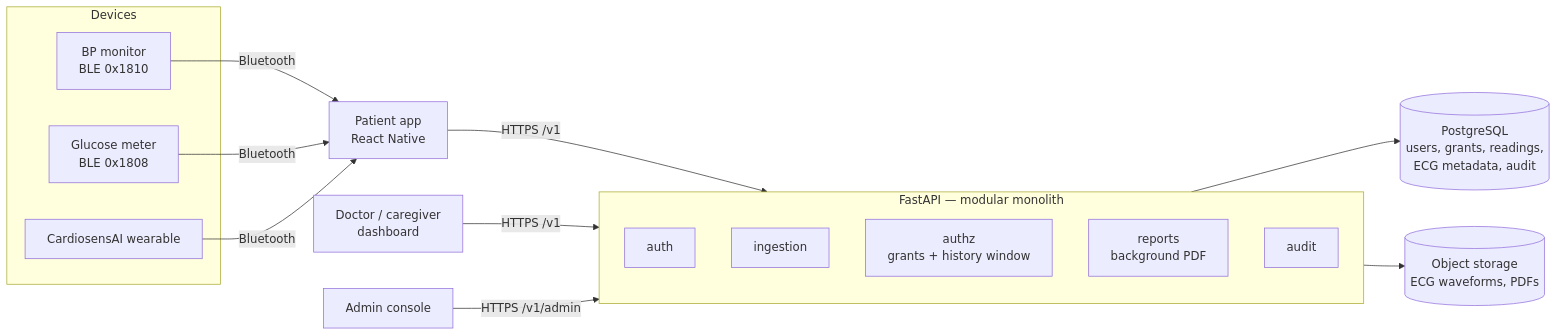
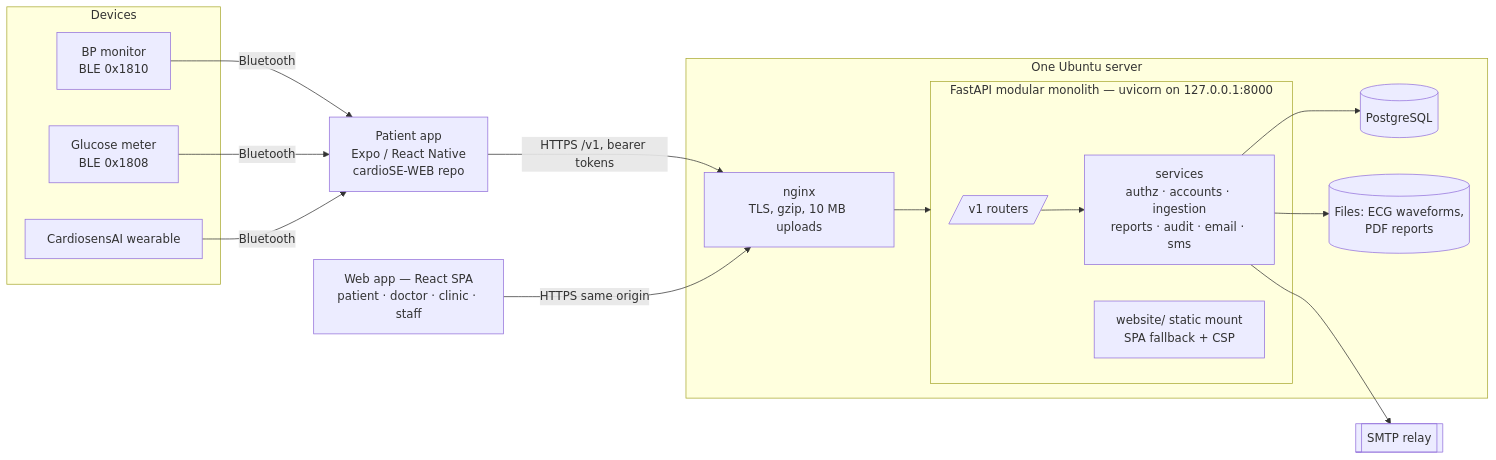
One commit to mazumdersayon-del/cardiosensAI_backend changed the first of 3 diagrams in README.md. Above: the diagram before and after it, drawn with Mermaid. The commit also changed other lines of this file and 100 other files, not shown here.

Commit message:
Repo Clean: Base roles and database schema added

````diff
--- a/README.md
+++ b/README.md
@@ -56,26 +144,28 @@
 ```mermaid
 flowchart LR
   subgraph Devices
     BP[BP monitor<br/>BLE 0x1810]
     GL[Glucose meter<br/>BLE 0x1808]
     WR[CardiosensAI wearable]
   end
-  App[Patient app<br/>React Native]
-  Dash[Doctor / caregiver<br/>dashboard]
-  Admin[Admin console]
-  subgraph API[FastAPI — modular monolith]
-    Auth[auth]
-    Ingest[ingestion]
-    Authz[authz<br/>grants + history window]
-    Rep[reports<br/>background PDF]
-    Aud[audit]
+  App[Patient app<br/>Expo / React Native<br/>cardioSE-WEB repo]
+  Web[Web app — React SPA<br/>patient · doctor · clinic · staff]
+  subgraph Server[One Ubuntu server]
+    NG[nginx<br/>TLS, gzip, 10 MB uploads]
+    subgraph API[FastAPI modular monolith — uvicorn on 127.0.0.1:8000]
+      R[/v1 routers/]
+      S[services<br/>authz · accounts · ingestion<br/>reports · audit · email · sms]
+      SITE[website/ static mount<br/>SPA fallback + CSP]
+    end
+    PG[(PostgreSQL)]
+    FS[(Files: ECG waveforms,<br/>PDF reports)]
   end
-  PG[(PostgreSQL<br/>users, grants, readings,<br/>ECG metadata, audit)]
-  OS[(Object storage<br/>ECG waveforms, PDFs)]
+  SMTP[[SMTP relay]]
   BP & GL & WR -- Bluetooth --> App
-  App -- HTTPS /v1 --> API
-  Dash -- HTTPS /v1 --> API
-  Admin -- HTTPS /v1/admin --> API
-  API --> PG
-  API --> OS
+  App -- HTTPS /v1, bearer tokens --> NG
+  Web -- HTTPS same origin --> NG
+  NG --> API
+  R --> S --> PG
+  S --> FS
+  S --> SMTP
 ```
````
